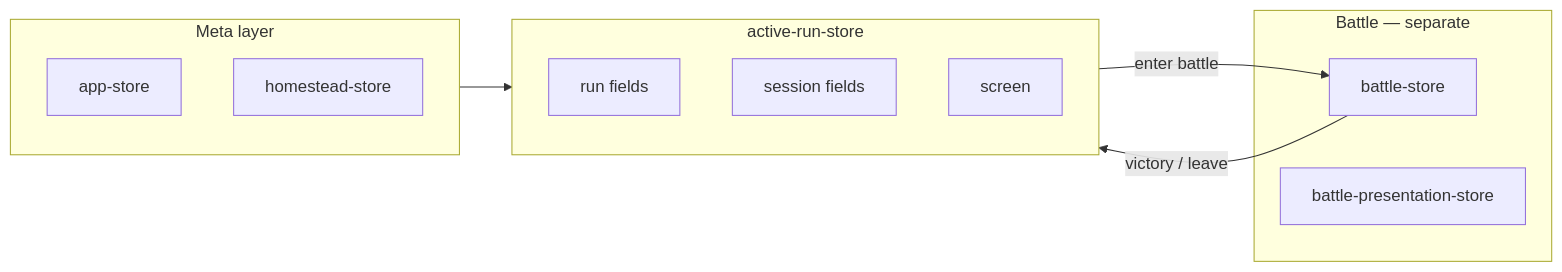
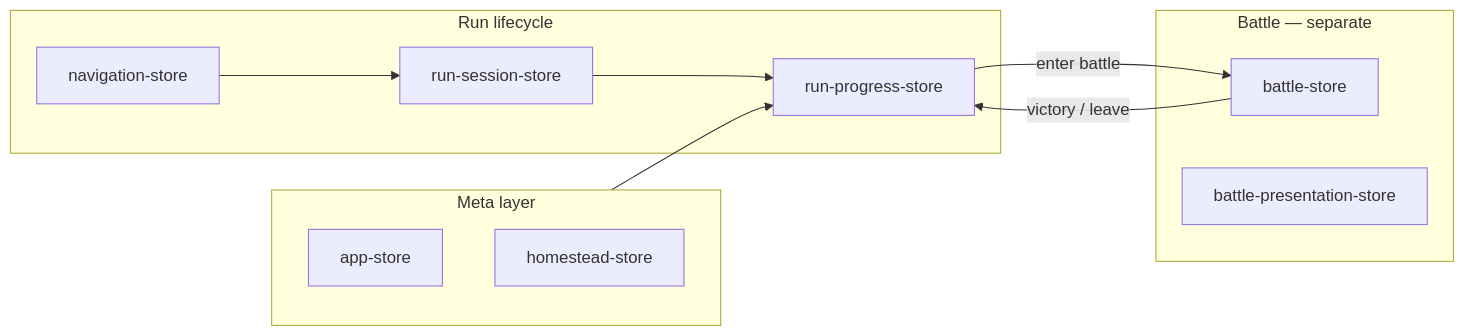
Before and after one commit to Talyen/Alchemy: the second of 2 diagrams in src/lib/active-run-session/RUN_STATE.md, drawn with Mermaid. The commit also changed other lines of this file and 86 other files, not shown here.

First line of the commit message:
refactor(stores): split run state and centralize lifecycle

````diff
--- a/src/lib/active-run-session/RUN_STATE.md
+++ b/src/lib/active-run-session/RUN_STATE.md
@@ -114,19 +116,21 @@
 ```mermaid
 flowchart LR
   subgraph meta [Meta layer]
     appStore[app-store]
     homesteadStore[homestead-store]
   end
-  subgraph activeRun [active-run-store]
-    runFields[run fields]
-    sessionFields[session fields]
-    screenField[screen]
+  subgraph runLayer [Run lifecycle]
+    runProgress[run-progress-store]
+    runSession[run-session-store]
+    navigation[navigation-store]
   end
   subgraph battle [Battle — separate]
     battleStore[battle-store]
     presentationStore[battle-presentation-store]
   end
-  meta --> activeRun
-  activeRun -->|enter battle| battleStore
-  battleStore -->|victory / leave| activeRun
+  meta --> runProgress
+  runProgress -->|enter battle| battleStore
+  battleStore -->|victory / leave| runProgress
+  runSession --> runProgress
+  navigation --> runSession
 ```
````
